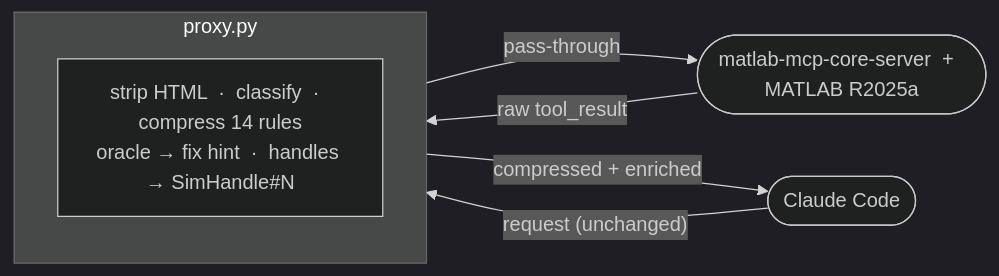
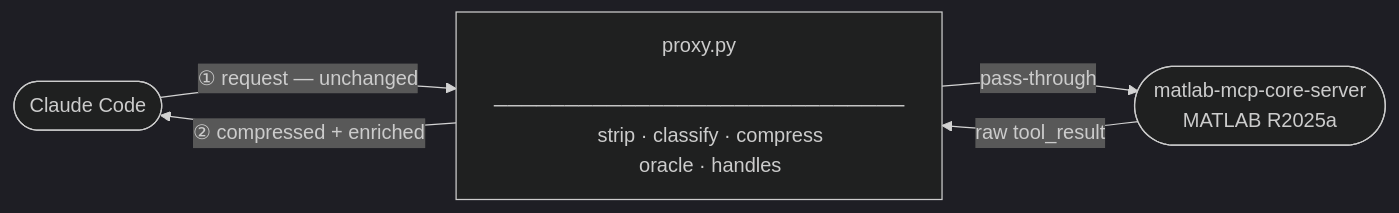
One commit to nightfury1802/matlab-mcp-proxy changed the diagram in README.md. Above: the diagram before and after it, drawn with Mermaid (dark theme).

````diff
--- a/README.md
+++ b/README.md
@@ -11,16 +11,15 @@
 ```mermaid
 flowchart LR
     CC([Claude Code])
+    PX["proxy.py
+    ─────────────────────────────
+    strip · classify · compress
+    oracle · handles"]
+    UP(["matlab-mcp-core-server
+    MATLAB R2025a"])
 
-    subgraph proxy["proxy.py"]
-        direction TB
-        steps["strip HTML  ·  classify  ·  compress 14 rules\noracle → fix hint  ·  handles → SimHandle#N"]
-    end
-
-    UP(["matlab-mcp-core-server  +  MATLAB R2025a"])
-
-    CC -->|"request (unchanged)"| proxy
-    proxy -->|"pass-through"| UP
-    UP -->|"raw tool_result"| proxy
-    proxy -->|"compressed + enriched"| CC
+    CC -->|"① request — unchanged"| PX
+    PX -->|"pass-through"| UP
+    UP -->|"raw tool_result"| PX
+    PX -->|"② compressed + enriched"| CC
 ```
````
